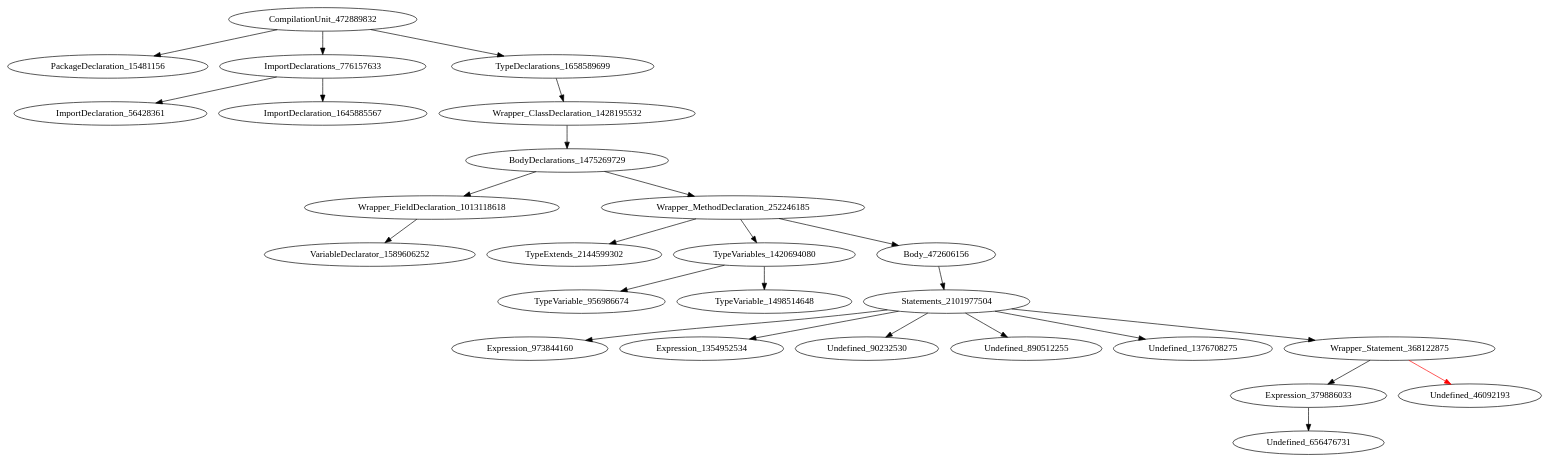
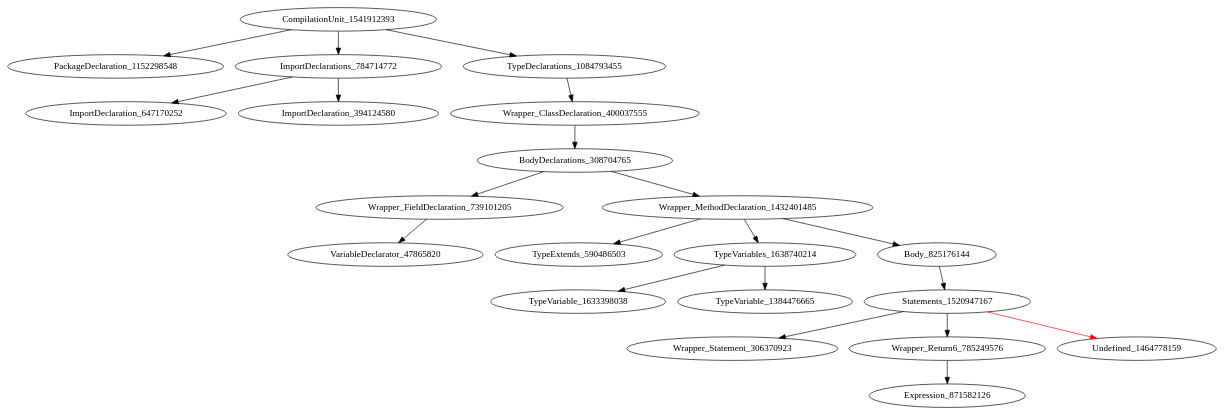
The diagram in holeAST.dot (icse2023material/VoiceJava), drawn with Graphviz before and after one commit. The commit also changed 7 other files, not shown here.

Commit message:
[add] return expression code generation

```diff
--- a/holeAST.dot
+++ b/holeAST.dot
@@ -1,27 +1,22 @@
 digraph {
-CompilationUnit_472889832 -> PackageDeclaration_15481156
-CompilationUnit_472889832 -> ImportDeclarations_776157633
-CompilationUnit_472889832 -> TypeDeclarations_1658589699
-ImportDeclarations_776157633 -> ImportDeclaration_56428361
-ImportDeclarations_776157633 -> ImportDeclaration_1645885567
-TypeDeclarations_1658589699 -> Wrapper_ClassDeclaration_1428195532
-Wrapper_ClassDeclaration_1428195532 -> BodyDeclarations_1475269729
-BodyDeclarations_1475269729 -> Wrapper_FieldDeclaration_1013118618
-BodyDeclarations_1475269729 -> Wrapper_MethodDeclaration_252246185
-Wrapper_FieldDeclaration_1013118618 -> VariableDeclarator_1589606252
-Wrapper_MethodDeclaration_252246185 -> TypeExtends_2144599302
-Wrapper_MethodDeclaration_252246185 -> TypeVariables_1420694080
-Wrapper_MethodDeclaration_252246185 -> Body_472606156
-TypeVariables_1420694080 -> TypeVariable_956986674
-TypeVariables_1420694080 -> TypeVariable_1498514648
-Body_472606156 -> Statements_2101977504
-Statements_2101977504 -> Expression_973844160
-Statements_2101977504 -> Expression_1354952534
-Statements_2101977504 -> Undefined_90232530
-Statements_2101977504 -> Undefined_890512255
-Statements_2101977504 -> Undefined_1376708275
-Statements_2101977504 -> Wrapper_Statement_368122875
-Wrapper_Statement_368122875 -> Expression_379886033
-Wrapper_Statement_368122875 -> Undefined_46092193 [color = red] 
-Expression_379886033 -> Undefined_656476731
+CompilationUnit_1541912393 -> PackageDeclaration_1152298548
+CompilationUnit_1541912393 -> ImportDeclarations_784714772
+CompilationUnit_1541912393 -> TypeDeclarations_1084793455
+ImportDeclarations_784714772 -> ImportDeclaration_647170252
+ImportDeclarations_784714772 -> ImportDeclaration_394124580
+TypeDeclarations_1084793455 -> Wrapper_ClassDeclaration_400037555
+Wrapper_ClassDeclaration_400037555 -> BodyDeclarations_308704765
+BodyDeclarations_308704765 -> Wrapper_FieldDeclaration_739101205
+BodyDeclarations_308704765 -> Wrapper_MethodDeclaration_1432401485
+Wrapper_FieldDeclaration_739101205 -> VariableDeclarator_47865820
+Wrapper_MethodDeclaration_1432401485 -> TypeExtends_590486503
+Wrapper_MethodDeclaration_1432401485 -> TypeVariables_1638740214
+Wrapper_MethodDeclaration_1432401485 -> Body_825176144
+TypeVariables_1638740214 -> TypeVariable_1633398038
+TypeVariables_1638740214 -> TypeVariable_1384476665
+Body_825176144 -> Statements_1520947167
+Statements_1520947167 -> Wrapper_Statement_306370923
+Statements_1520947167 -> Wrapper_Return6_785249576
+Statements_1520947167 -> Undefined_1464778159 [color = red] 
+Wrapper_Return6_785249576 -> Expression_871582126
 }
```
